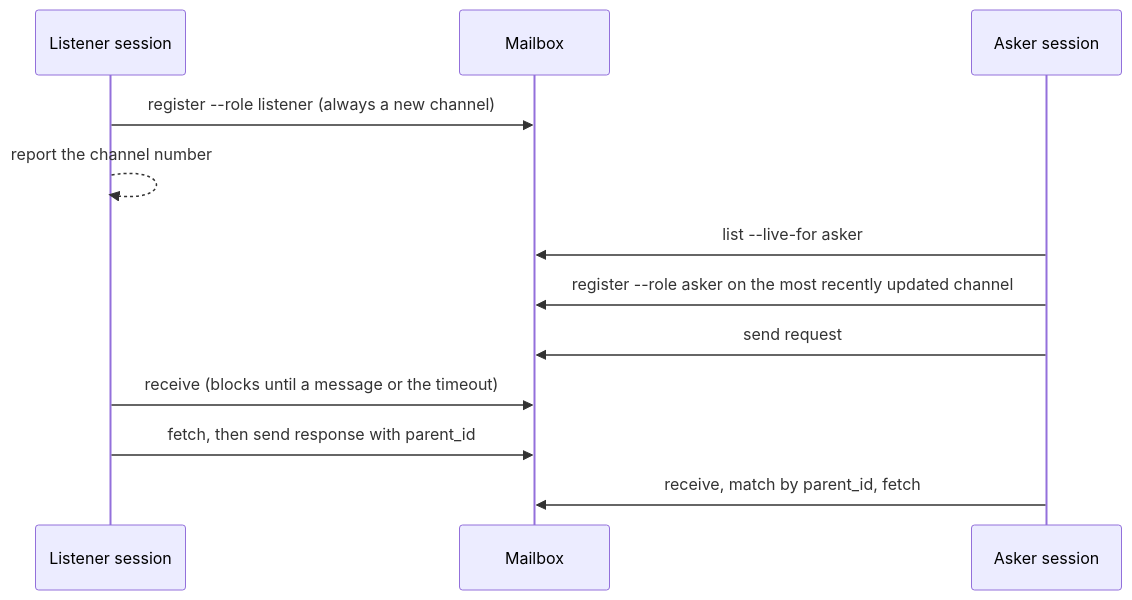
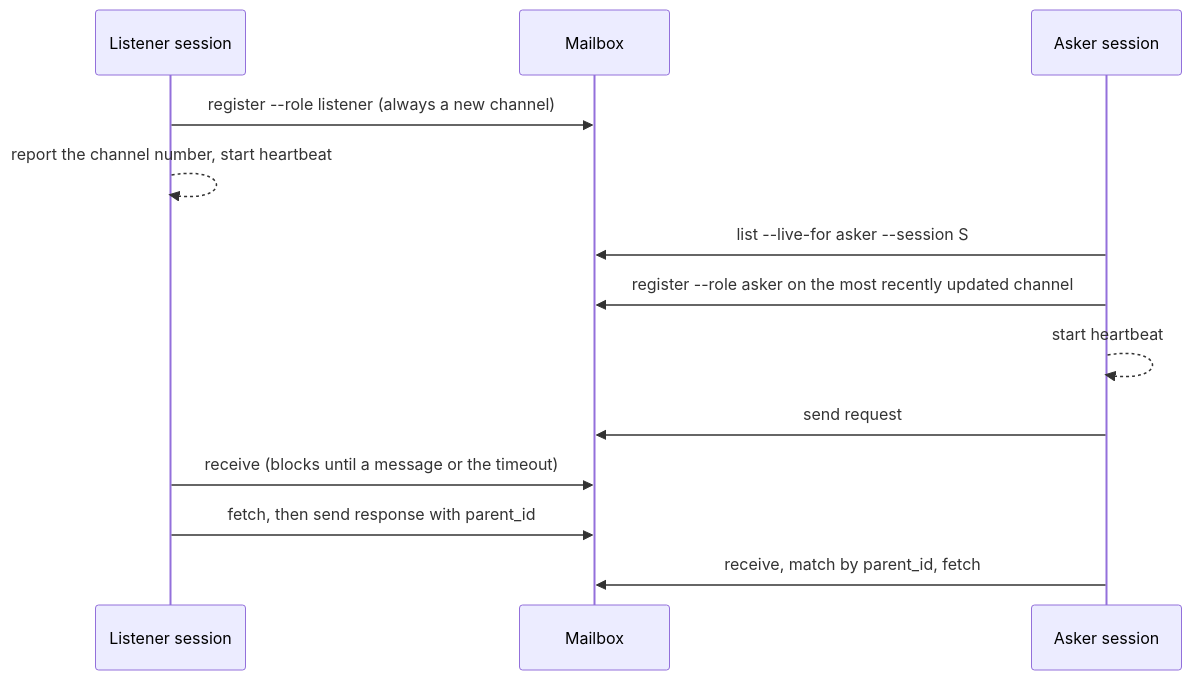
One commit to vancsj/bootgear changed the diagram in plugins/advisor/README.md. Above: the diagram before and after it, drawn with Mermaid. The commit also changed other lines of this file and 9 other files, not shown here.

````diff
--- a/plugins/advisor/README.md
+++ b/plugins/advisor/README.md
@@ -59,14 +62,15 @@
 ```mermaid
 sequenceDiagram
     participant L as Listener session
     participant M as Mailbox
     participant A as Asker session
     L->>M: register --role listener (always a new channel)
-    L-->>L: report the channel number
-    A->>M: list --live-for asker
+    L-->>L: report the channel number, start heartbeat
+    A->>M: list --live-for asker --session S
     A->>M: register --role asker on the most recently updated channel
+    A-->>A: start heartbeat
     A->>M: send request
     L->>M: receive (blocks until a message or the timeout)
     L->>M: fetch, then send response with parent_id
     A->>M: receive, match by parent_id, fetch
 ```
````
